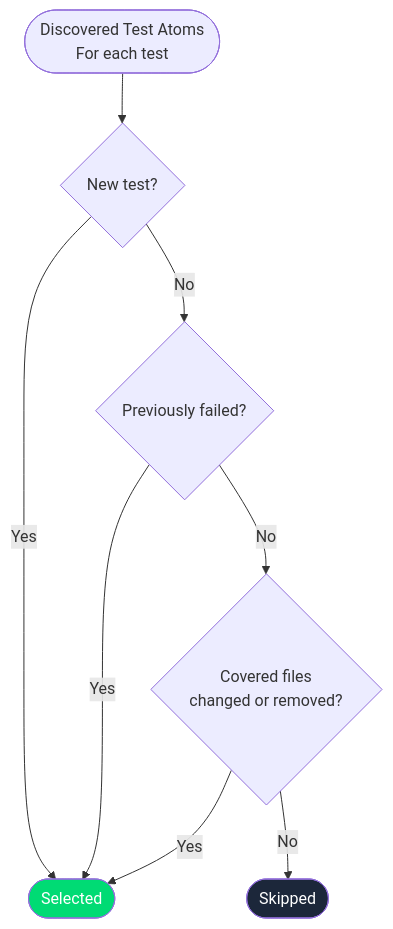
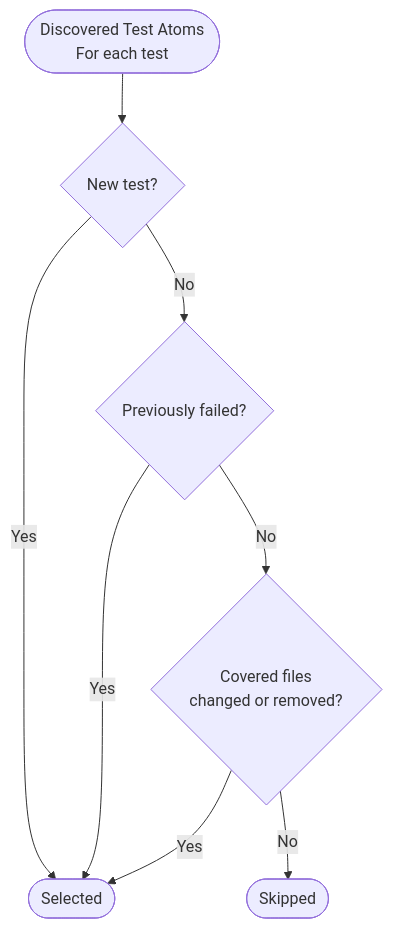
Before and after one commit to circleci/circleci-docs: the diagram in docs/guides/modules/test/pages/set-up-test-impact-analysis.adoc, drawn with Mermaid. The commit also changed other lines of this file and 2 other files, not shown here.

```diff
--- a/docs/guides/modules/test/pages/set-up-test-impact-analysis.adoc
+++ b/docs/guides/modules/test/pages/set-up-test-impact-analysis.adoc
@@ -25,22 +96,19 @@
 [mermaid]
 ----
 flowchart TD
     Start([Discovered Test Atoms\nFor each test])
 
     Start --> New{New test?}
     New -- Yes --> Selected
 
     New -- No --> Failed{Previously failed?}
     Failed -- Yes --> Selected
 
     Failed -- No --> Files{Covered files\nchanged or removed?}
     Files -- Yes --> Selected
 
     Files -- No --> Skipped
 
     Selected([Selected])
     Skipped([Skipped])
-
-    style Selected fill:#00DB74,color:#fff
-    style Skipped fill:#1C273A,color:#fff
 ----
```
